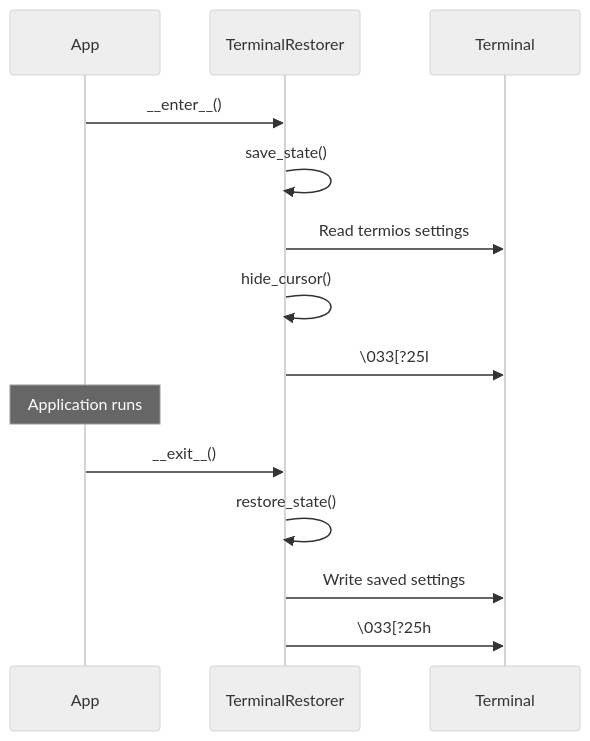
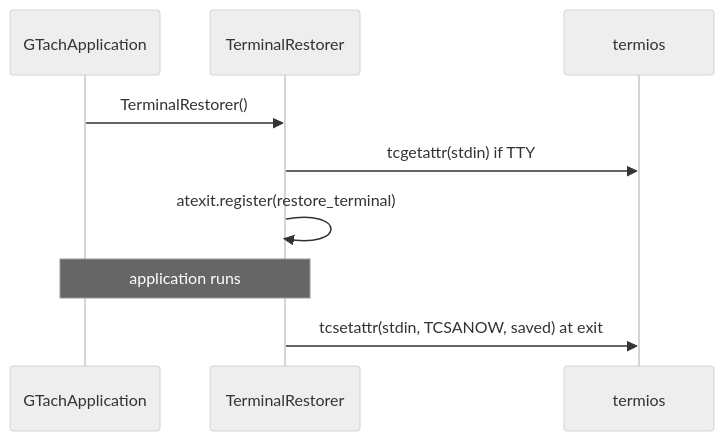
One commit to William12556/GTach changed the diagram in ai/workspace/design/design-d6e7f8a9-component_utils_terminal_restorer.md. Above: the diagram before and after it, drawn with Mermaid (neutral theme). The commit also changed other lines of this file and 6 other files, not shown here.

````diff
--- a/ai/workspace/design/design-d6e7f8a9-component_utils_terminal_restorer.md
+++ b/ai/workspace/design/design-d6e7f8a9-component_utils_terminal_restorer.md
@@ -181,19 +81,11 @@
 ```mermaid
 sequenceDiagram
-    participant App
-    participant TR as TerminalRestorer
-    participant Term as Terminal
-    
-    App->>TR: __enter__()
-    TR->>TR: save_state()
-    TR->>Term: Read termios settings
-    TR->>TR: hide_cursor()
-    TR->>Term: \033[?25l
-    
-    Note over App: Application runs
-    
-    App->>TR: __exit__()
-    TR->>TR: restore_state()
-    TR->>Term: Write saved settings
-    TR->>Term: \033[?25h
+    participant A as GTachApplication
+    participant T as TerminalRestorer
+    participant O as termios
+    A->>T: TerminalRestorer()
+    T->>O: tcgetattr(stdin) if TTY
+    T->>T: atexit.register(restore_terminal)
+    Note over A,T: application runs
+    T->>O: tcsetattr(stdin, TCSANOW, saved) at exit
 ```
````
